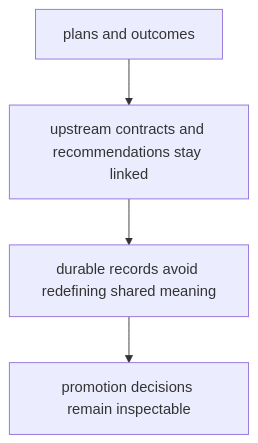
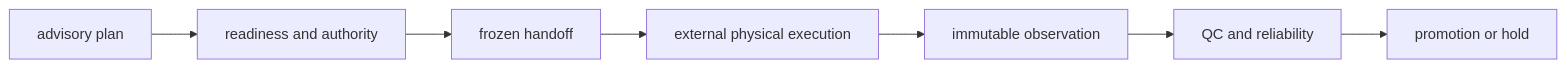
Before and after one commit to bijux/bijux-proteomics: the diagram in docs/07-bijux-proteomics-lab/quality/invariants.md, drawn with Mermaid. The commit also changed other lines of this file and 2 other files, not shown here.

````diff
--- a/docs/07-bijux-proteomics-lab/quality/invariants.md
+++ b/docs/07-bijux-proteomics-lab/quality/invariants.md
@@ -18,11 +31,9 @@
 ```mermaid
-flowchart TB
-    plans["plans and outcomes"]
-    contracts["upstream contracts and recommendations stay linked"]
-    records["durable records avoid redefining shared meaning"]
-    promotion["promotion decisions remain inspectable"]
-
-    plans --> contracts
-    contracts --> records
-    records --> promotion
+flowchart LR
+    P["advisory plan"] --> R["readiness and authority"]
+    R --> H["frozen handoff"]
+    H --> X["external physical execution"]
+    X --> O["immutable observation"]
+    O --> Q["QC and reliability"]
+    Q --> M["promotion or hold"]
 ```
````
